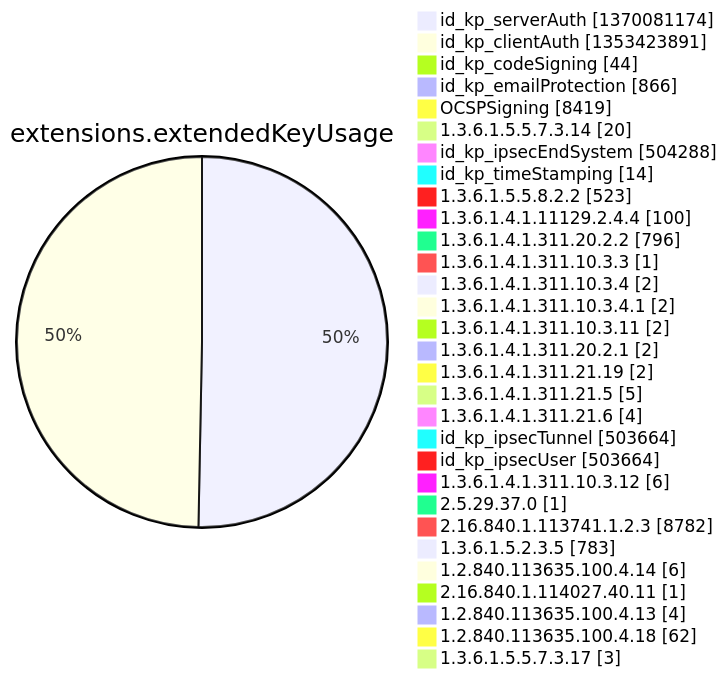
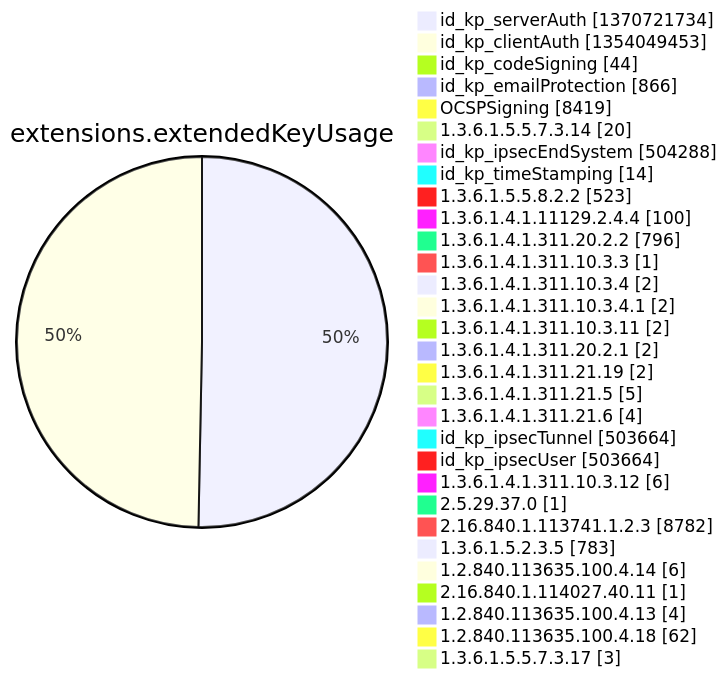
Before and after one commit to christiankrug/ctmonitor_visualization: diagram 12 of 15 in argon2022/README.md, drawn with Mermaid. The commit also changed other lines of this file, not shown here.

````diff
--- a/argon2022/README.md
+++ b/argon2022/README.md
@@ -3553,34 +3553,34 @@
 ```mermaid
 pie showData
 title extensions.extendedKeyUsage
-"id_kp_serverAuth" :1370081174
-"id_kp_clientAuth" :1353423891
+"id_kp_serverAuth" :1370721734
+"id_kp_clientAuth" :1354049453
 "id_kp_codeSigning" :44
 "id_kp_emailProtection" :866
 "OCSPSigning" :8419
 "1.3.6.1.5.5.7.3.14" :20
 "id_kp_ipsecEndSystem" :504288
 "id_kp_timeStamping" :14
 "1.3.6.1.5.5.8.2.2" :523
 "1.3.6.1.4.1.11129.2.4.4" :100
 "1.3.6.1.4.1.311.20.2.2" :796
 "1.3.6.1.4.1.311.10.3.3" :1
 "1.3.6.1.4.1.311.10.3.4" :2
 "1.3.6.1.4.1.311.10.3.4.1" :2
 "1.3.6.1.4.1.311.10.3.11" :2
 "1.3.6.1.4.1.311.20.2.1" :2
 "1.3.6.1.4.1.311.21.19" :2
 "1.3.6.1.4.1.311.21.5" :5
 "1.3.6.1.4.1.311.21.6" :4
 "id_kp_ipsecTunnel" :503664
 "id_kp_ipsecUser" :503664
 "1.3.6.1.4.1.311.10.3.12" :6
 "2.5.29.37.0" :1
 "2.16.840.1.113741.1.2.3" :8782
 "1.3.6.1.5.2.3.5" :783
 "1.2.840.113635.100.4.14" :6
 "2.16.840.1.114027.40.11" :1
 "1.2.840.113635.100.4.13" :4
 "1.2.840.113635.100.4.18" :62
 "1.3.6.1.5.5.7.3.17" :3
 ```
````
